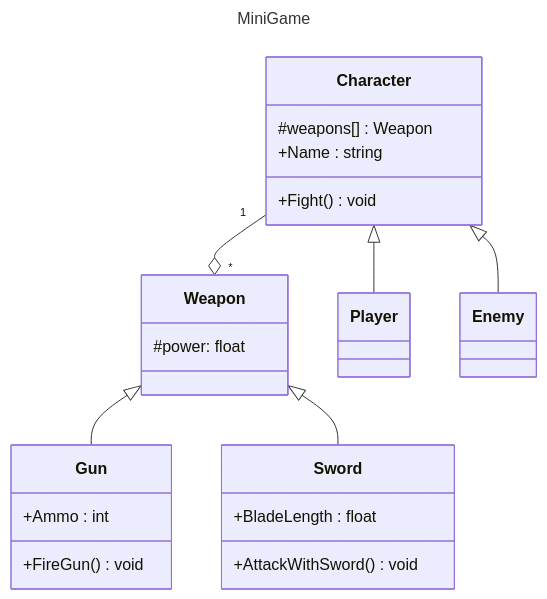
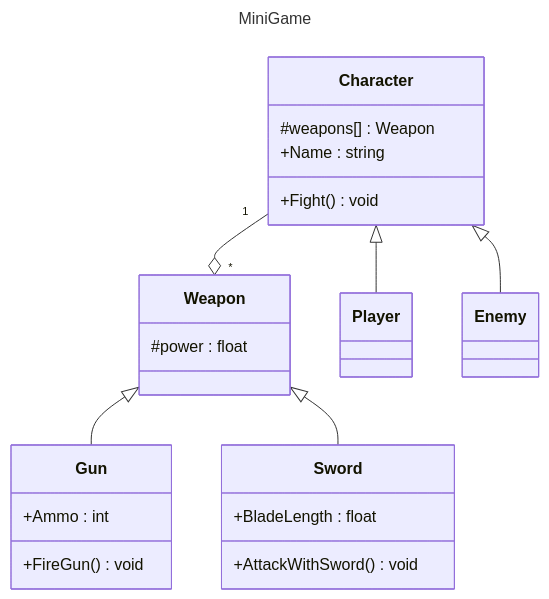
One commit to Juhhxx/LP1Semana07 changed the diagram in README.md. Above: the diagram before and after it, drawn with Mermaid. The commit also changed 3 other files, not shown here.

````diff
--- a/README.md
+++ b/README.md
@@ -1,32 +1,32 @@
 ```mermaid
 ---
 title: MiniGame
 ---
 classDiagram
     Character "1" --o "*" Weapon
     Weapon <|-- Gun
     Weapon <|-- Sword
     Character <|-- Player
     Character <|-- Enemy
     
     class Weapon{
-        #power: float
+        #power : float
     }
     class Gun{
         +Ammo : int
         +FireGun() void
     }
     class Sword{
         +BladeLength : float
         +AttackWithSword() void
     }
     class Character{
         #weapons[] : Weapon
         +Name : string
         +Fight() void
     }
     class Player{
     }
     class Enemy{
     }
 ```
````
